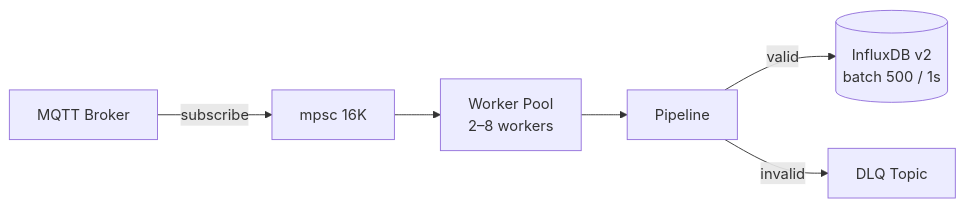
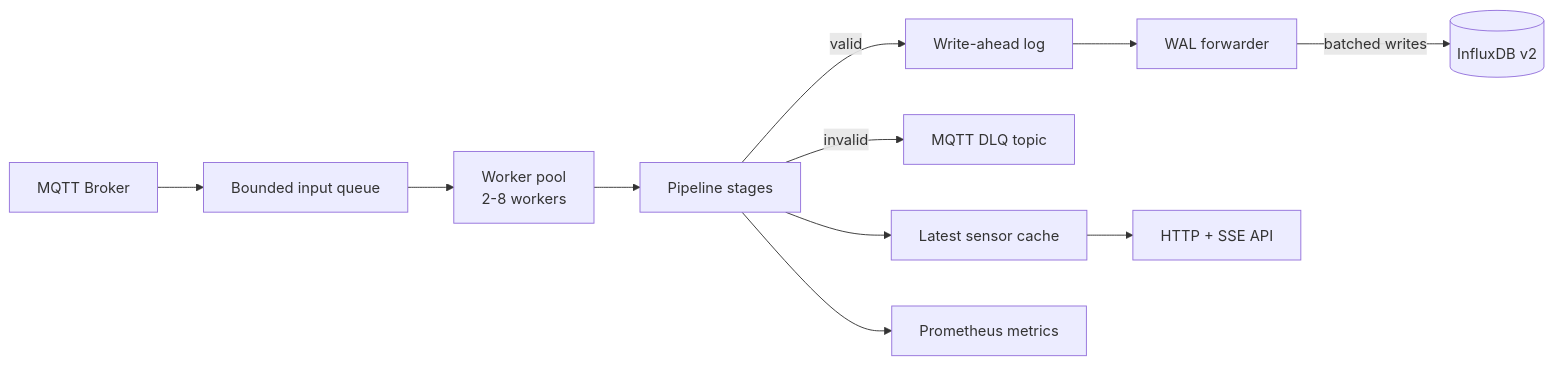
The diagram in readme.md (hengsti/ingestion-service), drawn with Mermaid before and after one commit. The commit also changed other lines of this file, not shown here.

````diff
--- a/readme.md
+++ b/readme.md
@@ -14,8 +21,13 @@
 ```mermaid
 graph LR
-    MQTT[MQTT Broker] -->|subscribe| Q[mpsc 16K]
-    Q --> W[Worker Pool\n2–8 workers]
-    W --> P[Pipeline]
-    P -->|valid| IDB[(InfluxDB v2\nbatch 500 / 1s)]
-    P -->|invalid| DLQ[DLQ Topic]
+    MQTT[MQTT Broker] --> Q[Bounded input queue]
+    Q --> W[Worker pool\n2-8 workers]
+    W --> P[Pipeline stages]
+    P -->|valid| WAL[Write-ahead log]
+    P -->|invalid| DLQ[MQTT DLQ topic]
+    WAL --> F[WAL forwarder]
+    F -->|batched writes| IDB[(InfluxDB v2)]
+    P --> CACHE[Latest sensor cache]
+    CACHE --> HTTP[HTTP + SSE API]
+    P --> METRICS[Prometheus metrics]
 ```
````
